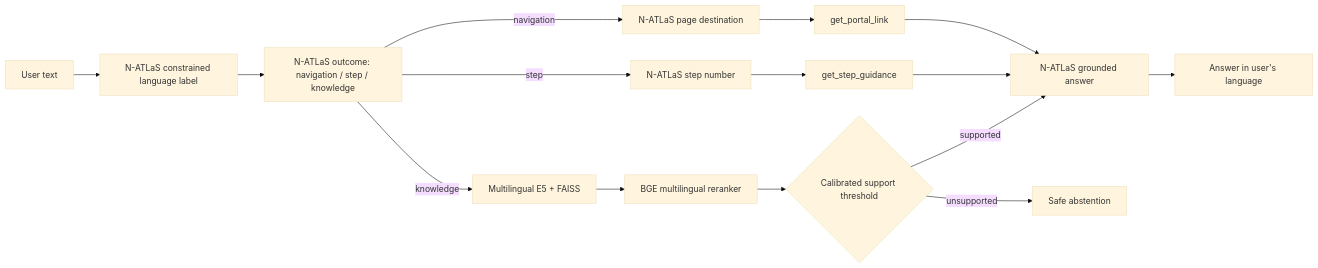
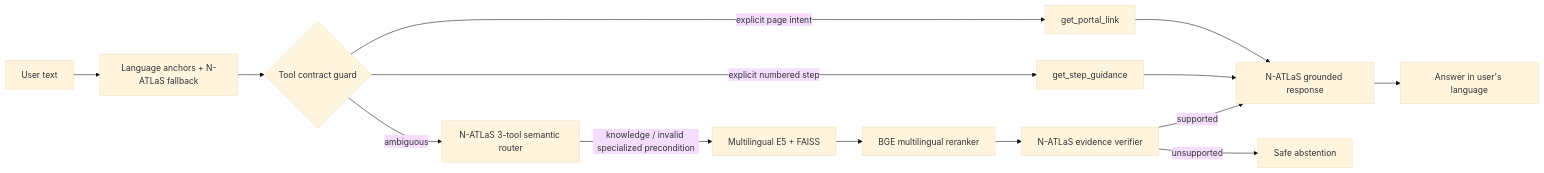
One commit to Davemafy/ncair-lms-chatbot2.0 changed the diagram in README.md. Above: the diagram before and after it, drawn with Mermaid (base theme). The commit also changed other lines of this file, not shown here.

Commit message:
Document contract-first routing architecture

````diff
--- a/README.md
+++ b/README.md
@@ -11,17 +11,16 @@
 ```mermaid
 flowchart LR
-    A[User text] --> B[N-ATLaS constrained language label]
-    B --> C[N-ATLaS outcome: navigation / step / knowledge]
-    C -->|navigation| D[N-ATLaS page destination]
-    C -->|step| E[N-ATLaS step number]
-    C -->|knowledge| G[Multilingual E5 + FAISS]
-    D --> F[get_portal_link]
-    E --> H[get_step_guidance]
+    A[User text] --> B[Language anchors + N-ATLaS fallback]
+    B --> C{Tool contract guard}
+    C -->|explicit page intent| D[get_portal_link]
+    C -->|explicit numbered step| E[get_step_guidance]
+    C -->|ambiguous| F[N-ATLaS 3-tool semantic router]
+    F -->|knowledge / invalid specialized precondition| G[Multilingual E5 + FAISS]
+    D --> H[N-ATLaS grounded response]
+    E --> H
     G --> I[BGE multilingual reranker]
-    I --> J{Calibrated support threshold}
-    J -->|supported| K[N-ATLaS grounded answer]
-    J -->|unsupported| L[Safe abstention]
-    F --> K
-    H --> K
-    K --> M[Answer in user's language]
+    I --> J[N-ATLaS evidence verifier]
+    J -->|supported| H
+    J -->|unsupported| K[Safe abstention]
+    H --> L[Answer in user's language]
 ```
````
